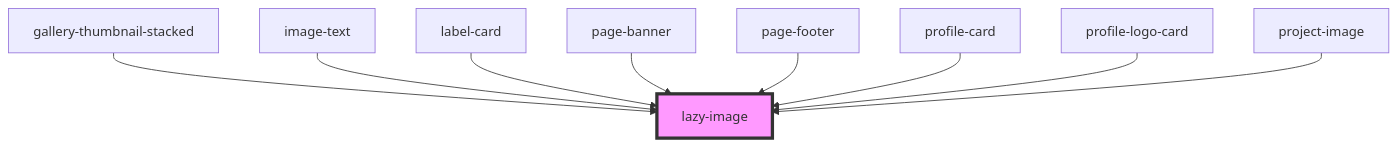
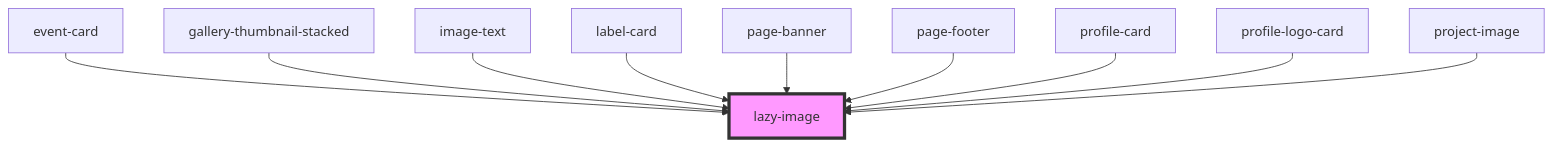
The diagram in src/components/images/lazy-image/readme.md (dev-kylo/component_library), drawn with Mermaid before and after one commit. The commit also changed other lines of this file and 5 other files, not shown here.

````diff
--- a/src/components/images/lazy-image/readme.md
+++ b/src/components/images/lazy-image/readme.md
@@ -41,12 +42,13 @@
 ```mermaid
 graph TD;
+  event-card --> lazy-image
   gallery-thumbnail-stacked --> lazy-image
   image-text --> lazy-image
   label-card --> lazy-image
   page-banner --> lazy-image
   page-footer --> lazy-image
   profile-card --> lazy-image
   profile-logo-card --> lazy-image
   project-image --> lazy-image
   style lazy-image fill:#f9f,stroke:#333,stroke-width:4px
 ```
````
